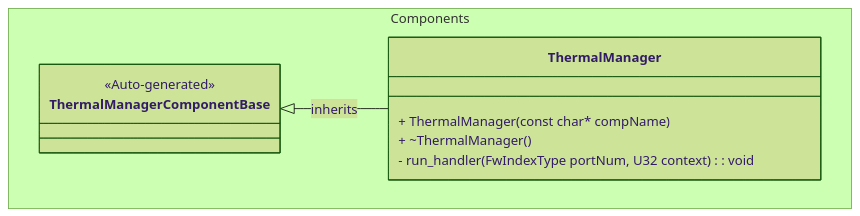
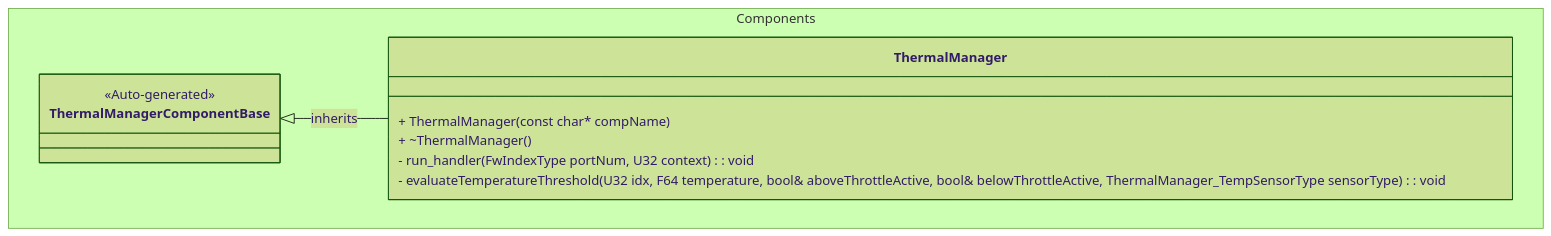
The first of 2 diagrams in docs-site/components/ThermalManager.md (Open-Source-Space-Foundation/proves-core-reference), drawn with Mermaid (forest theme) before and after one commit. The commit also changed other lines of this file and 39 other files, not shown here.

````diff
--- a/docs-site/components/ThermalManager.md
+++ b/docs-site/components/ThermalManager.md
@@ -20,14 +22,15 @@
 ```mermaid
 classDiagram
     namespace Components {
         class ThermalManagerComponentBase {
             <<Auto-generated>>
         }
         class ThermalManager {
             + ThermalManager(const char* compName)
             + ~ThermalManager()
             - run_handler(FwIndexType portNum, U32 context): void
+            - evaluateTemperatureThreshold(U32 idx, F64 temperature, bool& aboveThrottleActive, bool& belowThrottleActive, ThermalManager_TempSensorType sensorType): void
         }
     }
     ThermalManagerComponentBase <|-- ThermalManager : inherits
 ```
````
